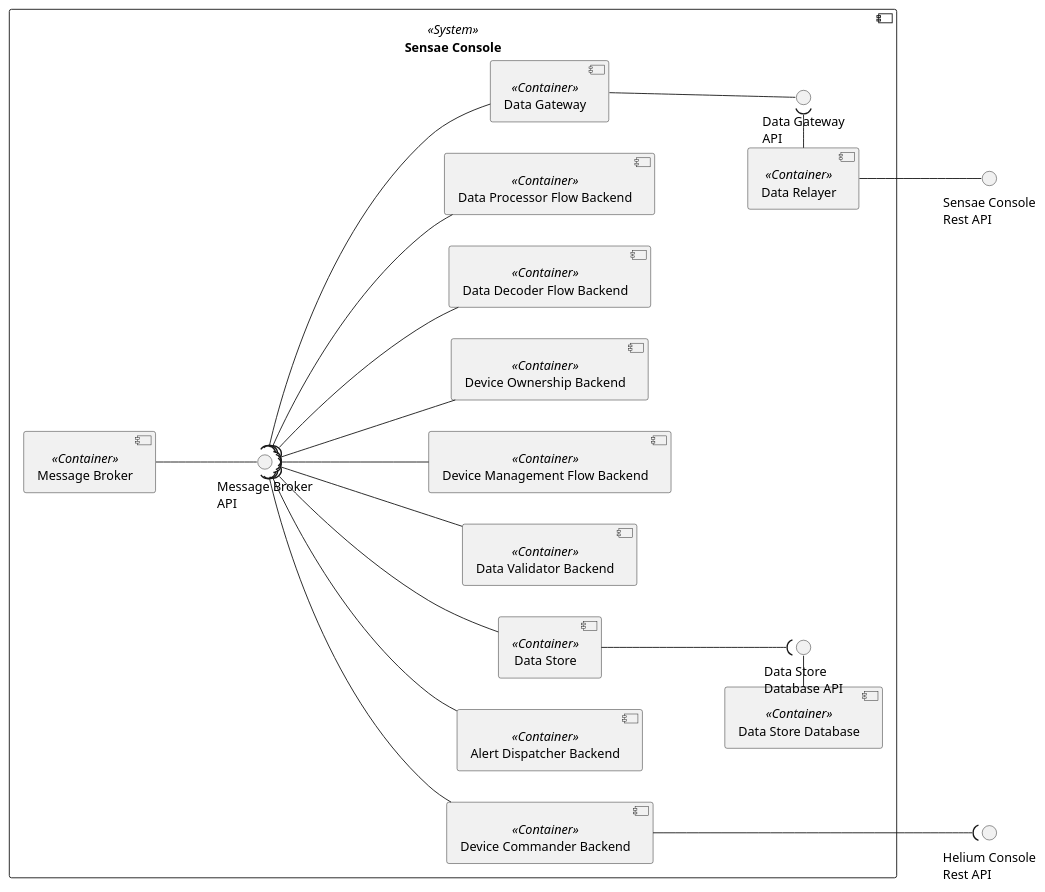
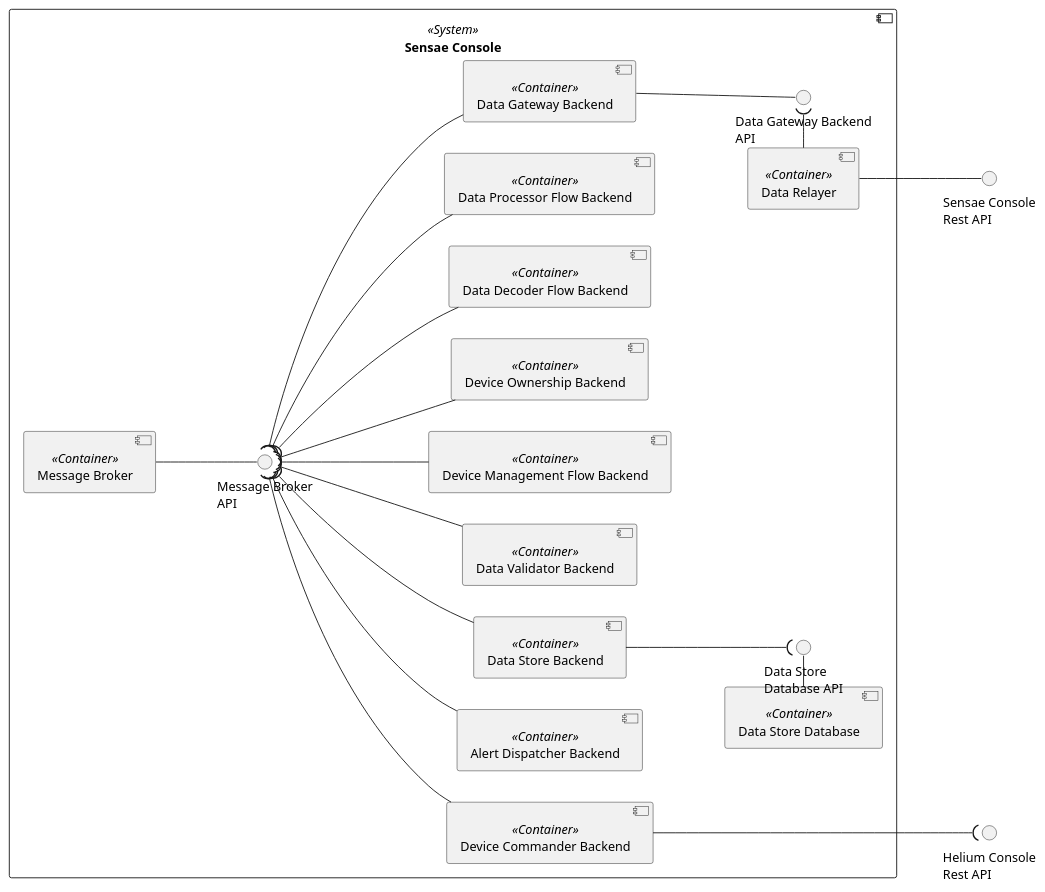
One commit to FilipeMCruz/dissertation changed the diagram in assets/diagrams/design/architectural/level2/logical/data-flow.pu. Above: the diagram before and after it, drawn with PlantUML. The commit also changed 32 other files, not shown here.

```diff
--- a/assets/diagrams/design/architectural/level2/logical/data-flow.pu
+++ b/assets/diagrams/design/architectural/level2/logical/data-flow.pu
@@ -1,66 +1,66 @@
 @startuml data-flow
 
 left to right direction
 
 skinparam sequenceMessageAlign center
 skinparam Shadowing false
 skinparam componentStyle uml2
 skinparam packageStyle rectangle
 
 interface "Sensae Console\nRest API" as IN_ENDPOINT
 interface "Helium Console\nRest API" as OUT_ENDPOINT
 
 component "Sensae Console" <<System>> {
     component "Message Broker" as MB <<Container>> 
 
-    component "Data Gateway" as DDG <<Container>> 
+    component "Data Gateway Backend" as DDG <<Container>> 
     component "Data Relayer" as DR <<Container>> 
     component "Data Processor Flow Backend" as DPSB <<Container>> 
     component "Data Decoder Flow Backend" as DDSB <<Container>> 
     component "Data Validator Backend" as DVB <<Container>> 
     component "Device Management Flow Backend" as DRSB <<Container>> 
-    component "Data Store" as DS <<Container>> 
+    component "Data Store Backend" as DS <<Container>> 
     component "Data Store Database" as MONGODB <<Container>> 
     component "Device Ownership Backend" as IAMSB <<Container>> 
     component "Device Commander Backend" as DCB <<Container>> 
 
     component "Alert Dispatcher Backend" as ALERT_BACK <<Container>>  
 
     interface "Message Broker\nAPI" as MB_API
     interface "Data Store\nDatabase API" as MONGODB_API
-    interface "Data Gateway\nAPI" as DDG_API
+    interface "Data Gateway Backend\nAPI" as DDG_API
 
     DS --( MONGODB_API
     DDG -- DDG_API
     MB -- MB_API
     MONGODB - MONGODB_API
 
     MB_API )--- DS
     MB_API )--- DDG
     MB_API )--- DVB
     MB_API )--- DRSB
     MB_API )--- DPSB
     MB_API )--- DDSB
     MB_API )--- IAMSB
     MB_API )--- DCB
     MB_API )--- ALERT_BACK
 
     DR -- IN_ENDPOINT
     ' DDG_API )- DR
     DR -( DDG_API
     DCB ---( OUT_ENDPOINT
 
     DPSB -[hidden]- DR
 
     DCB -[hidden] ALERT_BACK
     ALERT_BACK -[hidden] DS
     DS -[hidden] DVB
     DVB -[hidden] DRSB
     DRSB -[hidden] IAMSB
     IAMSB -[hidden] DDSB
     DDSB -[hidden] DPSB
     DPSB -[hidden] DDG
 
 }
 
 @enduml
```
